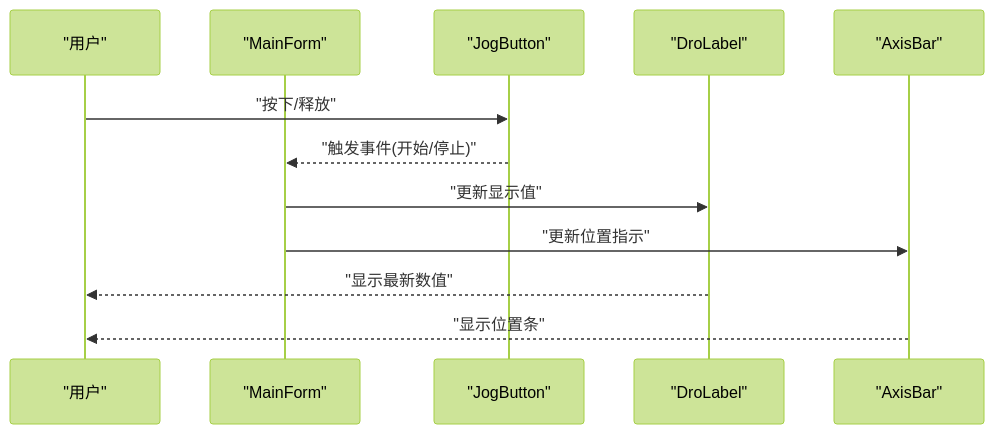
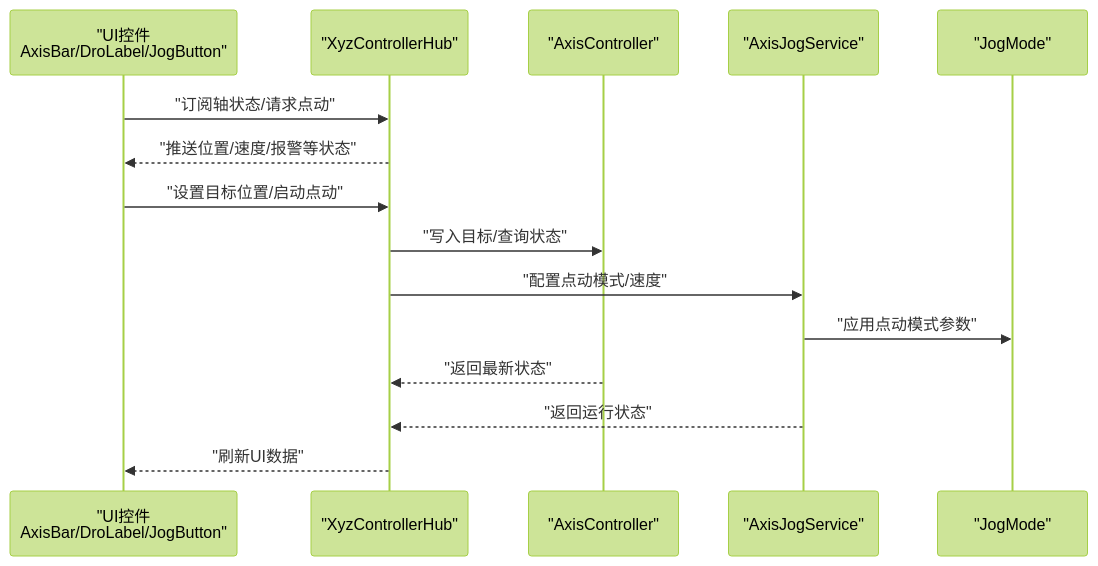
One commit to fuweiq94-cloud/3399180760 changed the second of 6 diagrams in .qoder/repowiki/zh/content/自定义控件库/基础控件.md. Above: the diagram before and after it, drawn with Mermaid (forest theme). The commit also changed other lines of this file and 94 other files, not shown here.

First line of the commit message:
docs(api): 添加完整 XyzController API 接口文档

````diff
--- a/.qoder/repowiki/zh/content/自定义控件库/基础控件.md
+++ b/.qoder/repowiki/zh/content/自定义控件库/基础控件.md
@@ -113,14 +114,17 @@
 ```mermaid
 sequenceDiagram
-participant User as "用户"
-participant Form as "MainForm"
-participant JB as "JogButton"
-participant DL as "DroLabel"
-participant AB as "AxisBar"
-User->>JB : "按下/释放"
-JB-->>Form : "触发事件(开始/停止)"
-Form->>DL : "更新显示值"
-Form->>AB : "更新位置指示"
-DL-->>User : "显示最新数值"
-AB-->>User : "显示位置条"
+participant UI as "UI控件<br/>AxisBar/DroLabel/JogButton"
+participant Hub as "XyzControllerHub"
+participant AC as "AxisController"
+participant AJ as "AxisJogService"
+participant JM as "JogMode"
+UI->>Hub : "订阅轴状态/请求点动"
+Hub-->>UI : "推送位置/速度/报警等状态"
+UI->>Hub : "设置目标位置/启动点动"
+Hub->>AC : "写入目标/查询状态"
+Hub->>AJ : "配置点动模式/速度"
+AJ->>JM : "应用点动模式参数"
+AC-->>Hub : "返回最新状态"
+AJ-->>Hub : "返回运行状态"
+Hub-->>UI : "刷新UI数据"
 ```
````
